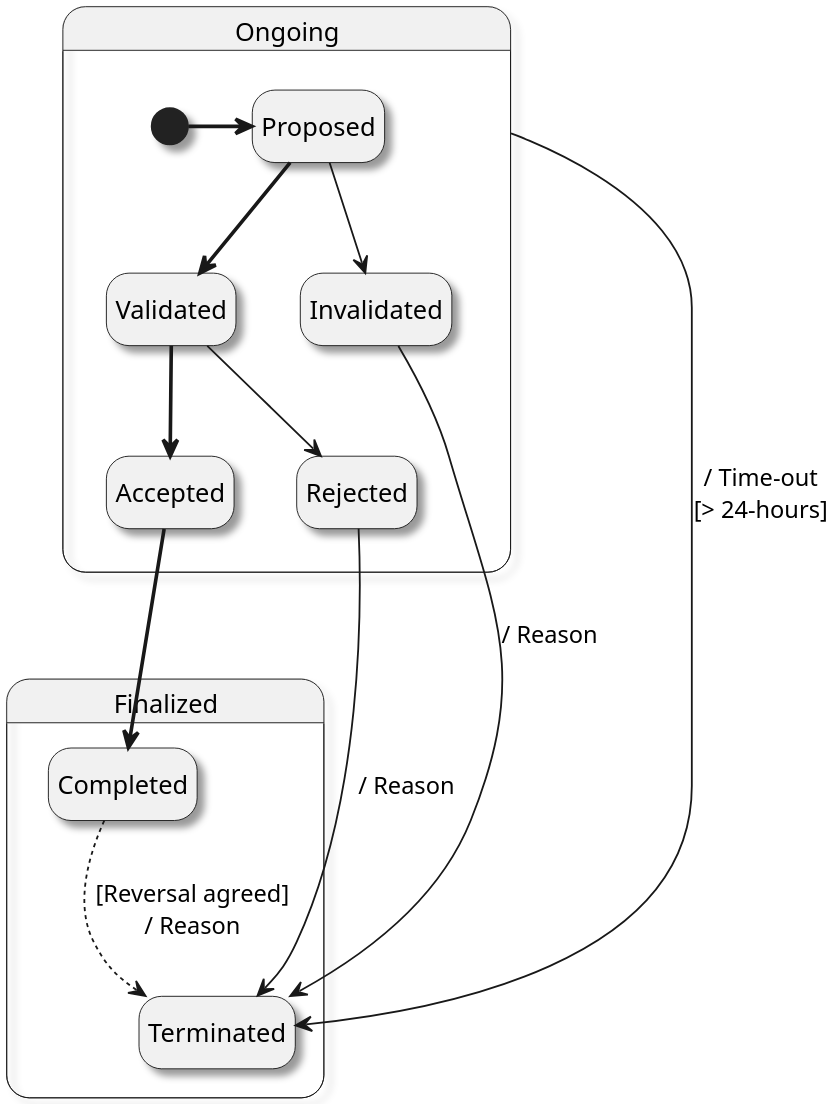
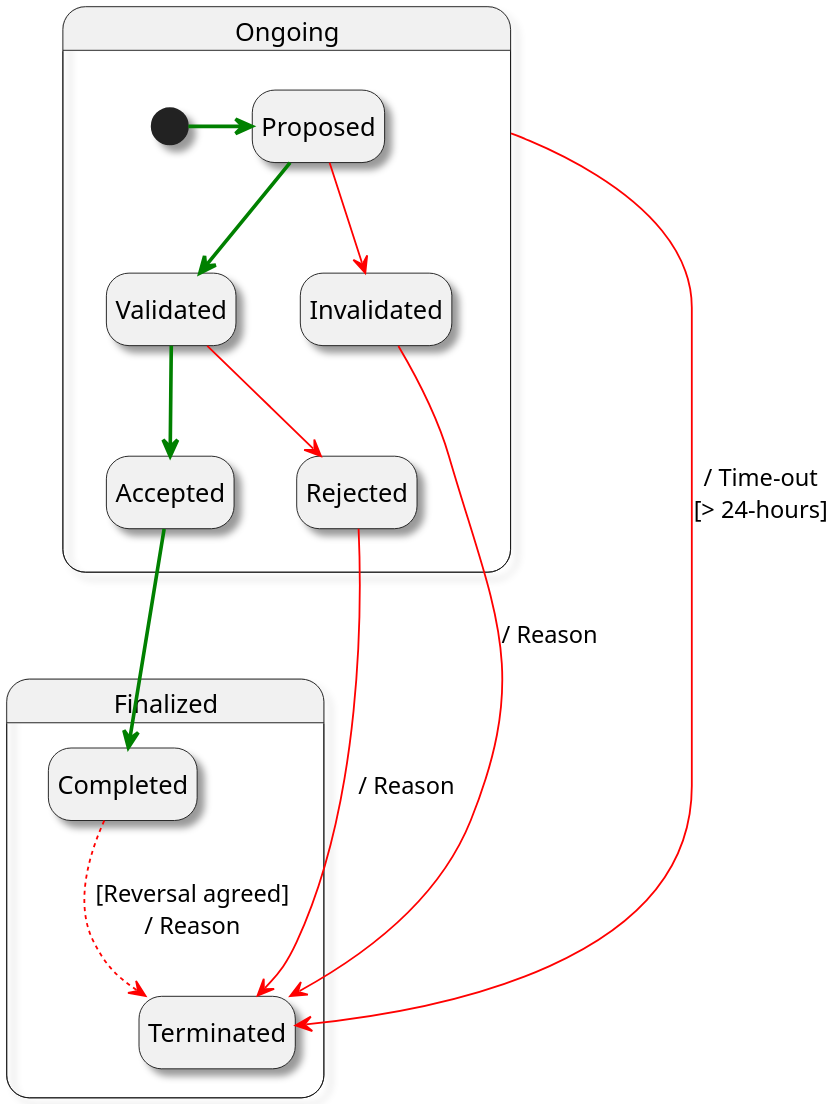
Before and after one commit to frankcnng/CARP: the diagram in diagrams/transactionStatusStateChart.puml, drawn with PlantUML.

Commit message:
Update transactionStatusStateChart.puml
Changed colouring of lines

```diff
--- a/diagrams/transactionStatusStateChart.puml
+++ b/diagrams/transactionStatusStateChart.puml
@@ -1,28 +1,28 @@
 @startuml Transaction State Chart
 
 skinparam dpi 300
-skinparam monochrome true
+skinparam monochrome false
 skinparam shadowing true
 
 top to bottom direction
 hide empty description
 
 state "Ongoing" as ip
 
 State ip {
-  [*] -[bold]> Proposed
-  Proposed -[bold]-> Validated 
-  Proposed --> Invalidated
+  [*] -[bold,#green]> Proposed
+  Proposed -[bold,#green]-> Validated 
+  Proposed -[#red]-> Invalidated
 
-  Validated -[bold]-> Accepted
-  Validated --> Rejected
+  Validated -[bold,#green]-> Accepted
+  Validated -[#red]-> Rejected
 }
 
 State Finalized {
-  Accepted -[bold]-> Completed
-  Invalidated --> Terminated : / Reason
-  Rejected --> Terminated : / Reason
-  ip --> Terminated : / Time-out\n[> 24-hours] 
-  Completed -[dashed]-> Terminated : [Reversal agreed]\n/ Reason
+  Accepted -[bold,#green]-> Completed
+  Invalidated -[#red]-> Terminated : / Reason
+  Rejected -[#red]-> Terminated : / Reason
+  ip -[#red]-> Terminated : / Time-out\n[> 24-hours] 
+  Completed -[dashed,#red]-> Terminated : [Reversal agreed]\n/ Reason
 }
 @enduml
```
